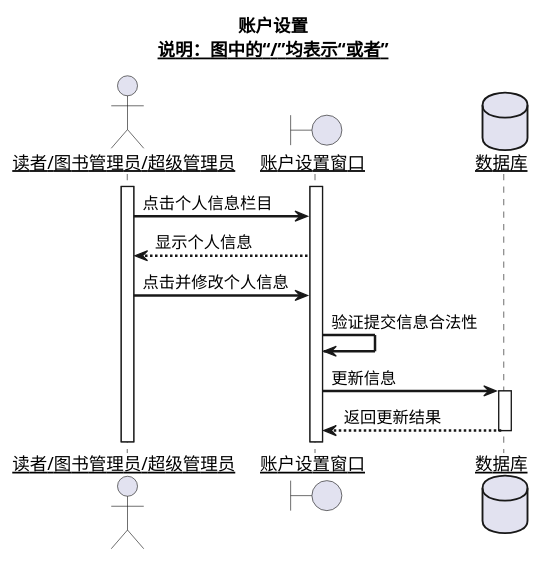
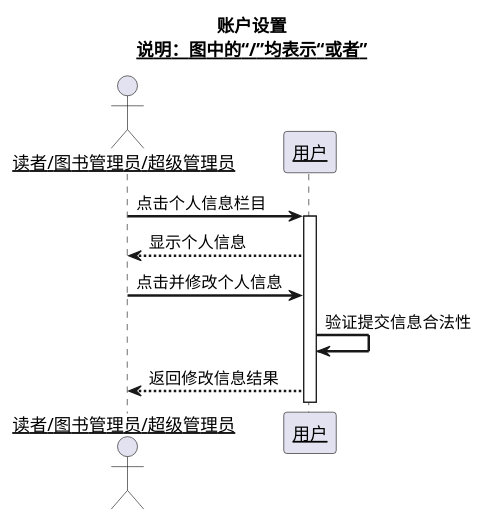
Before and after one commit to Landy7/is_analysis: the diagram in test4/sequence2.md, drawn with PlantUML. The commit also changed 24 other files, not shown here.

```diff
--- a/test4/sequence2.md
+++ b/test4/sequence2.md
@@ -1,22 +1,17 @@
 @startuml
 title
  账户设置
  <u>说明：图中的“/”均表示“或者”</u>
 end title
 skinparam sequenceArrowThickness 2
 skinparam maxmessagesize 60
 skinparam sequenceParticipant underline
 actor "读者/图书管理员/超级管理员" as U
-boundary "账户设置窗口" as A
-database "数据库" as B
-activate U
+participant "用户" as A
+U ->A:点击个人信息栏目
 activate A
-U ->A:点击个人信息栏目
 A -->U:显示个人信息
 U ->A:点击并修改个人信息
 A ->A:验证提交信息合法性
-A ->B:更新信息
-activate B
-B -->A:返回更新结果
-deactivate B
+A -->U:返回修改信息结果
 @enduml
```
